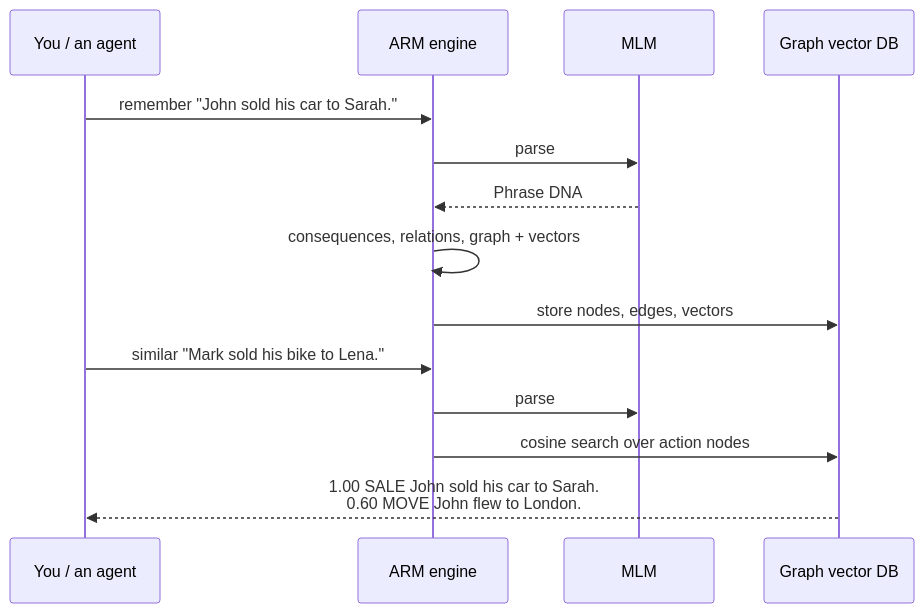
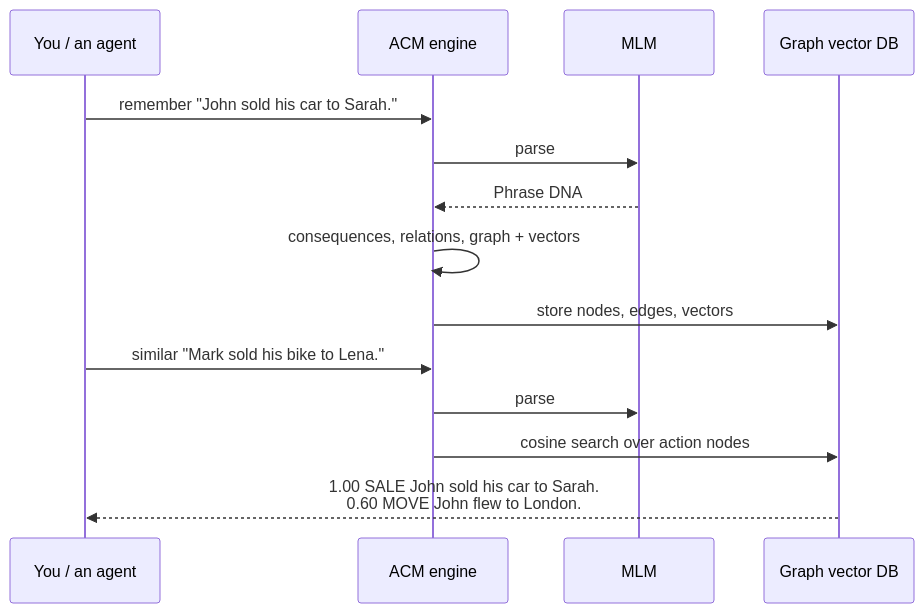
One commit to Sherlock2019/ACM changed diagram 15 of 17 in README.md. Above: the diagram before and after it, drawn with Mermaid. The commit also changed other lines of this file and 27 other files, not shown here.

First line of the commit message:
ACM scene engine: a situation as a structured script, its consequences and next scenes

````diff
--- a/README.md
+++ b/README.md
@@ -811,16 +1083,16 @@
 ```mermaid
 sequenceDiagram
   participant U as You / an agent
-  participant A as ARM engine
+  participant A as ACM engine
   participant M as MLM
   participant S as Graph vector DB
   U->>A: remember "John sold his car to Sarah."
   A->>M: parse
   M-->>A: Phrase DNA
   A->>A: consequences, relations, graph + vectors
   A->>S: store nodes, edges, vectors
   U->>A: similar "Mark sold his bike to Lena."
   A->>M: parse
   A->>S: cosine search over action nodes
   S-->>U: 1.00 SALE  John sold his car to Sarah.<br/>0.60 MOVE  John flew to London.
 ```
````
